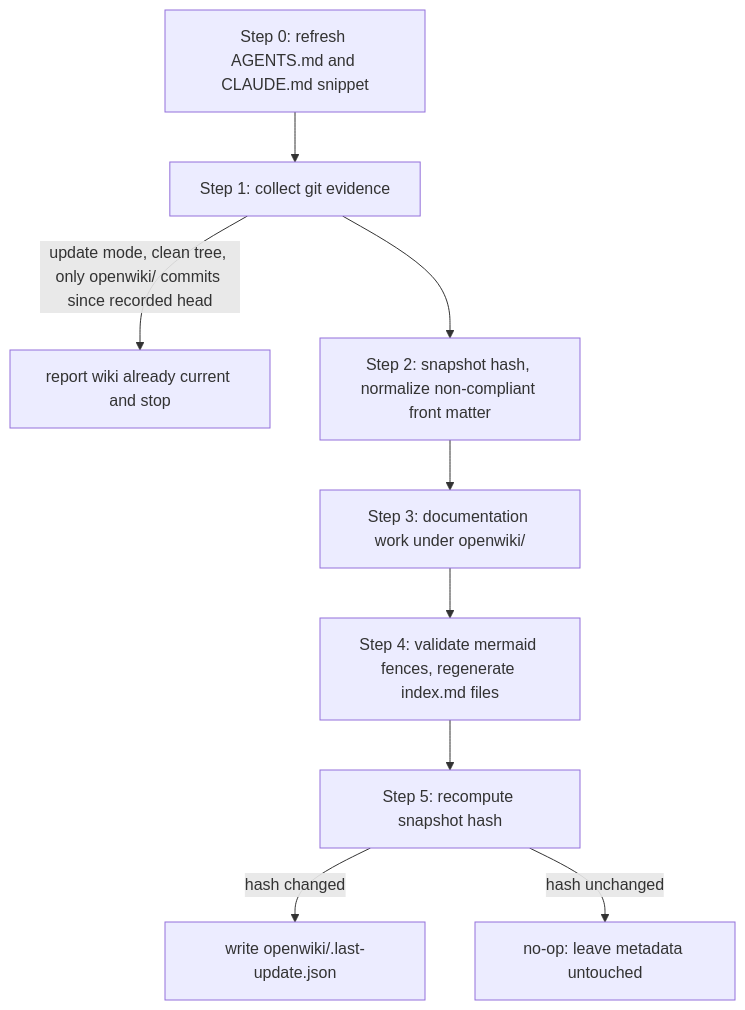
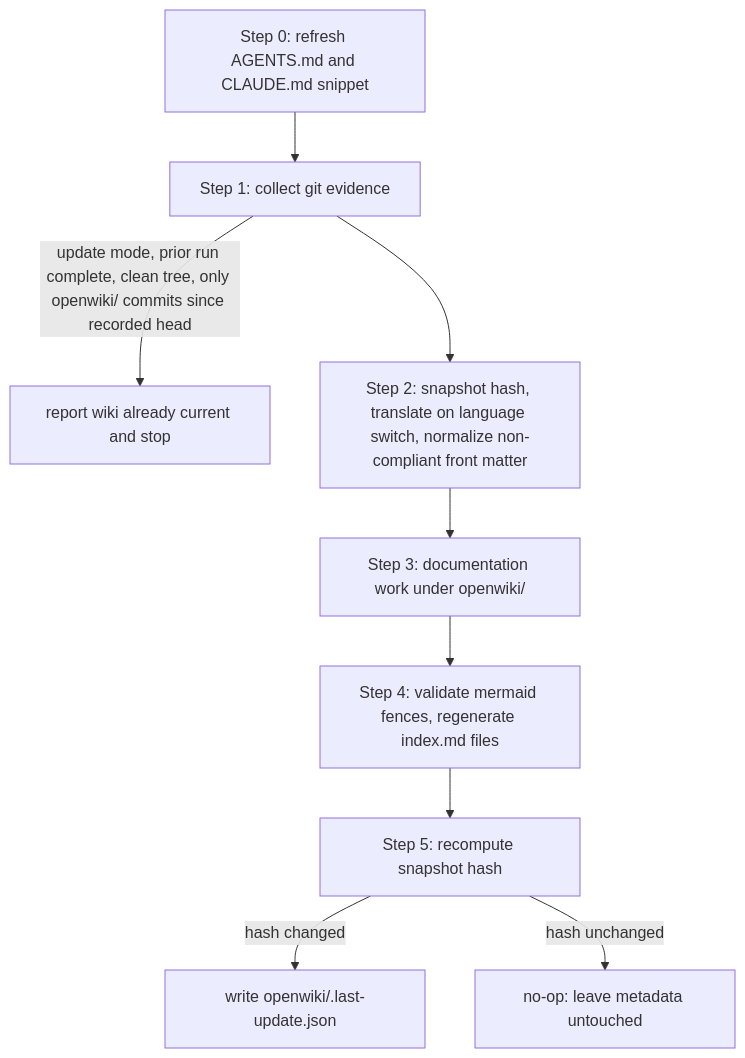
One commit to JHSeo-git/openwiki-skill changed the diagram in openwiki/quickstart.md. Above: the diagram before and after it, drawn with Mermaid. The commit also changed other lines of this file and 1 other file, not shown here.

Commit message:
docs: openwiki update — quickstart catches up to v0.2.4 (language lifecycle, interrupted-run retry, runtime-evidence reference)

````diff
--- a/openwiki/quickstart.md
+++ b/openwiki/quickstart.md
@@ -44,11 +45,11 @@
 ```mermaid
 flowchart TD
     S0["Step 0: refresh AGENTS.md and CLAUDE.md snippet"] --> S1["Step 1: collect git evidence"]
-    S1 -->|"update mode, clean tree, only openwiki/ commits since recorded head"| NOOP["report wiki already current and stop"]
-    S1 --> S2["Step 2: snapshot hash, normalize non-compliant front matter"]
+    S1 -->|"update mode, prior run complete, clean tree, only openwiki/ commits since recorded head"| NOOP["report wiki already current and stop"]
+    S1 --> S2["Step 2: snapshot hash, translate on language switch, normalize non-compliant front matter"]
     S2 --> S3["Step 3: documentation work under openwiki/"]
     S3 --> S4["Step 4: validate mermaid fences, regenerate index.md files"]
     S4 --> S5["Step 5: recompute snapshot hash"]
     S5 -->|"hash changed"| META["write openwiki/.last-update.json"]
     S5 -->|"hash unchanged"| CURRENT["no-op: leave metadata untouched"]
 ```
````
